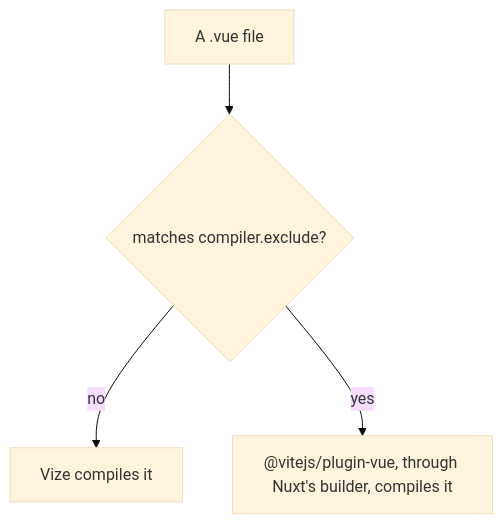
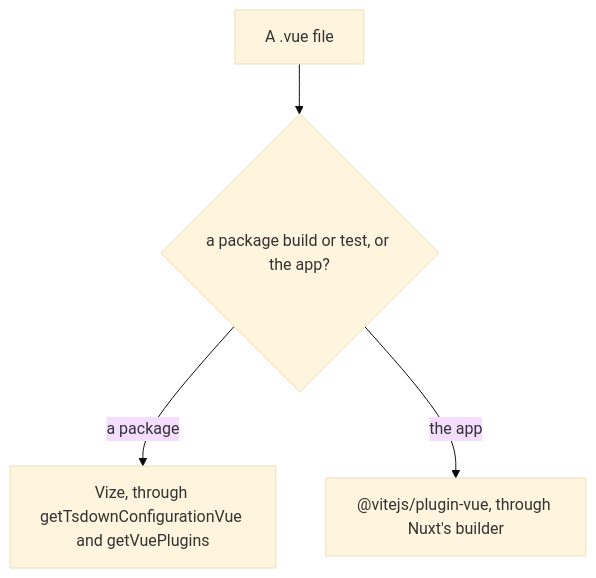
One commit to Esposter/Esposter changed the diagram in openspec/specs/architecture/vize-compiler/design.md. Above: the diagram before and after it, drawn with Mermaid (base theme). The commit also changed other lines of this file and 9 other files, not shown here.

First line of the commit message:
refactor(web): the app compiles through Nuxt's own Vue plugin, since the Vize Nuxt module made a Windows production build between two and a half and four times as long

````diff
--- a/openspec/specs/architecture/vize-compiler/design.md
+++ b/openspec/specs/architecture/vize-compiler/design.md
@@ -9,6 +7,6 @@
 ```mermaid
 flowchart TD
-    file["A .vue file"] --> excluded{"matches compiler.exclude?"}
-    excluded -- "no" --> vize["Vize compiles it"]
-    excluded -- "yes" --> host["@vitejs/plugin-vue, through Nuxt's builder, compiles it"]
+    file["A .vue file"] --> owner{"a package build or test, or the app?"}
+    owner -- "a package" --> vize["Vize, through getTsdownConfigurationVue and getVuePlugins"]
+    owner -- "the app" --> host["@vitejs/plugin-vue, through Nuxt's builder"]
 ```
````
